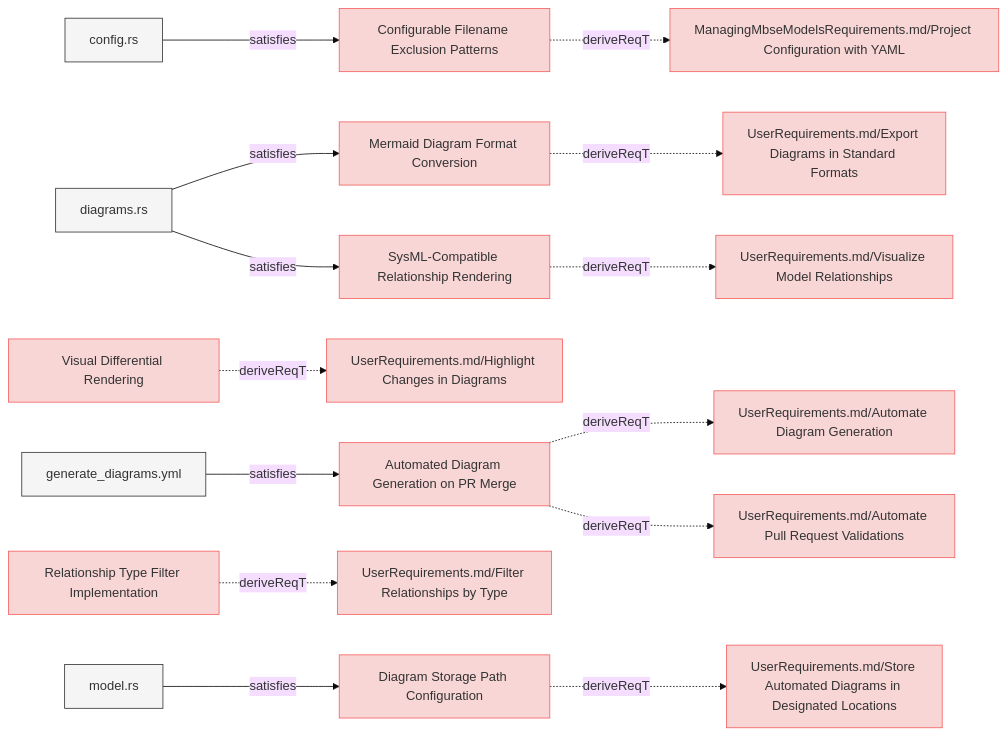
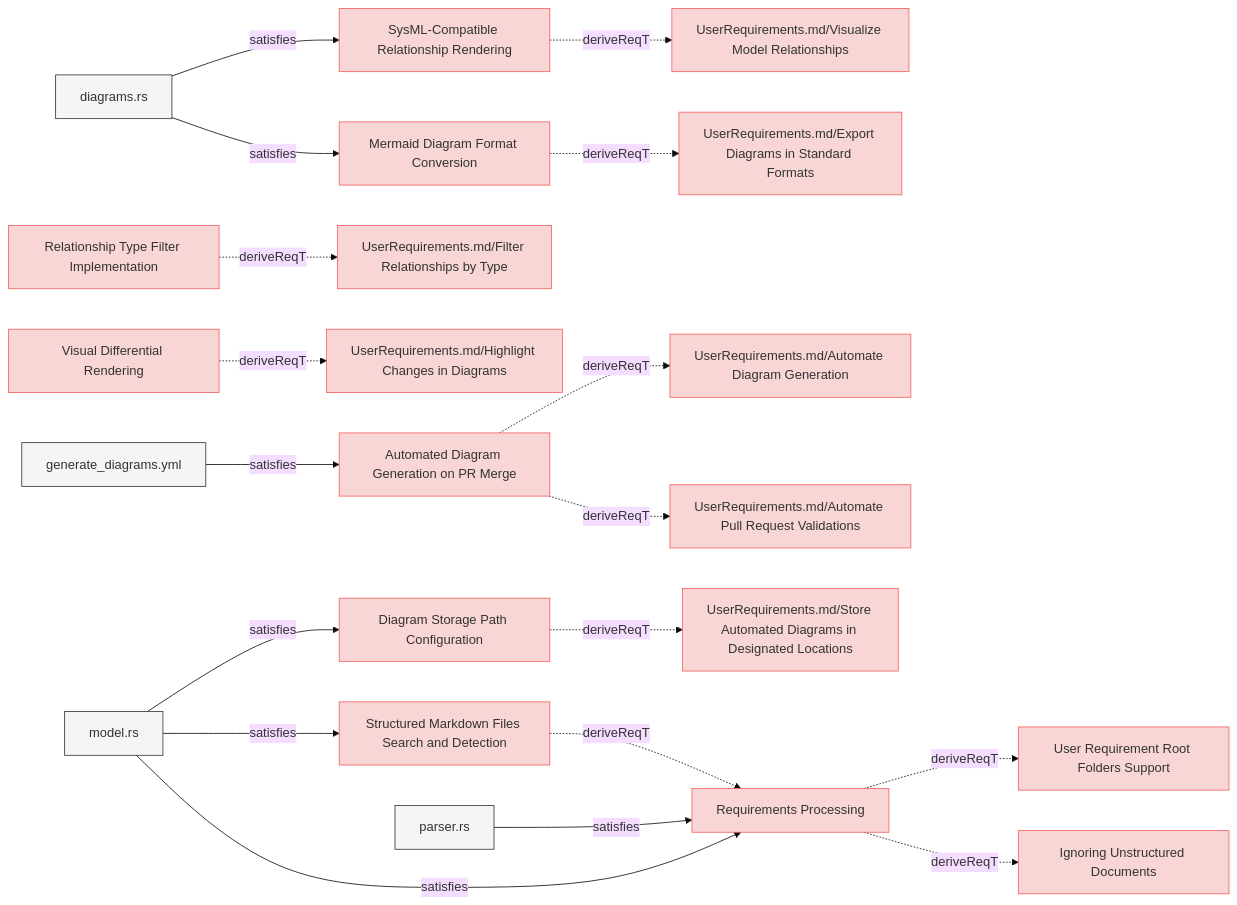
Before and after one commit to reqvire-org/reqvire: the fourth of 7 diagrams in specifications/SystemRequirements/Requirements.md, drawn with Mermaid (base theme). The commit also changed other lines of this file and 72 other files, not shown here.

Commit message:
Major rework of the logic in reqvire. It uses git repository root as root folder and everything else is relative to it. External folders and specifications folder concept has been deprecated.

````diff
--- a/specifications/SystemRequirements/Requirements.md
+++ b/specifications/SystemRequirements/Requirements.md
@@ -494,74 +471,84 @@
   classDef externalLink fill:#d0e0ff,stroke:#3080ff,stroke-width:1px;
   classDef default fill:#f5f5f5,stroke:#333333,stroke-width:1px;
 
-  4bf74699f40f4a76["Configurable Filename Exclusion Patterns"];
-  click 4bf74699f40f4a76 "https://github.com/Reqvire/reqvire/blob/ad88ba6b828e94c93382866fefd058c011c1ac60/specifications/SystemRequirements/Requirements.md#configurable-filename-exclusion-patterns";
-  class 4bf74699f40f4a76 requirement;
-  b3ef0fb91572bcf0["ManagingMbseModelsRequirements.md/Project Configuration with YAML"];
-  class b3ef0fb91572bcf0 requirement;
-  click b3ef0fb91572bcf0 "https://github.com/Reqvire/reqvire/blob/ad88ba6b828e94c93382866fefd058c011c1ac60/specifications/ManagingMbseModelsRequirements.md#project-configuration-with-yaml";
-  4bf74699f40f4a76 -.->|deriveReqT| b3ef0fb91572bcf0;
-  d89f4b0d2edaac20["config.rs"];
-  class d89f4b0d2edaac20 default;
-  click d89f4b0d2edaac20 "https://github.com/Reqvire/reqvire/blob/ad88ba6b828e94c93382866fefd058c011c1ac60/cli/src/config.rs";
-  d89f4b0d2edaac20 -->|satisfies| 4bf74699f40f4a76;
+  5071808e4276f33a["SysML-Compatible Relationship Rendering"];
+  click 5071808e4276f33a "Requirements.md#sysml-compatible-relationship-rendering";
+  class 5071808e4276f33a requirement;
+  eed0b020b6ddeae1["UserRequirements.md/Visualize Model Relationships"];
+  class eed0b020b6ddeae1 requirement;
+  click eed0b020b6ddeae1 "../UserRequirements.md#visualize-model-relationships";
+  5071808e4276f33a -.->|deriveReqT| eed0b020b6ddeae1;
+  95f7dce6aff47396["diagrams.rs"];
+  class 95f7dce6aff47396 default;
+  click 95f7dce6aff47396 "../../core/src/diagrams.rs";
+  95f7dce6aff47396 -->|satisfies| 5071808e4276f33a;
+  bd72564894314bf6["Relationship Type Filter Implementation"];
+  click bd72564894314bf6 "Requirements.md#relationship-type-filter-implementation";
+  class bd72564894314bf6 requirement;
+  66e9d8186acafd13["UserRequirements.md/Filter Relationships by Type"];
+  class 66e9d8186acafd13 requirement;
+  click 66e9d8186acafd13 "../UserRequirements.md#filter-relationships-by-type";
+  bd72564894314bf6 -.->|deriveReqT| 66e9d8186acafd13;
   b8208c9b1d6a312a["Mermaid Diagram Format Conversion"];
-  click b8208c9b1d6a312a "https://github.com/Reqvire/reqvire/blob/ad88ba6b828e94c93382866fefd058c011c1ac60/specifications/SystemRequirements/Requirements.md#mermaid-diagram-format-conversion";
+  click b8208c9b1d6a312a "Requirements.md#mermaid-diagram-format-conversion";
   class b8208c9b1d6a312a requirement;
   a0274ca0625d8493["UserRequirements.md/Export Diagrams in Standard Formats"];
   class a0274ca0625d8493 requirement;
-  click a0274ca0625d8493 "https://github.com/Reqvire/reqvire/blob/ad88ba6b828e94c93382866fefd058c011c1ac60/specifications/UserRequirements.md#export-diagrams-in-standard-formats";
+  click a0274ca0625d8493 "../UserRequirements.md#export-diagrams-in-standard-formats";
   b8208c9b1d6a312a -.->|deriveReqT| a0274ca0625d8493;
-  95f7dce6aff47396["diagrams.rs"];
-  class 95f7dce6aff47396 default;
-  click 95f7dce6aff47396 "https://github.com/Reqvire/reqvire/blob/ad88ba6b828e94c93382866fefd058c011c1ac60/core/src/diagrams.rs";
   95f7dce6aff47396 -->|satisfies| b8208c9b1d6a312a;
+  d812c13722abb71d["Visual Differential Rendering"];
+  click d812c13722abb71d "Requirements.md#visual-differential-rendering";
+  class d812c13722abb71d requirement;
+  ac914f743d73674e["UserRequirements.md/Highlight Changes in Diagrams"];
+  class ac914f743d73674e requirement;
+  click ac914f743d73674e "../UserRequirements.md#highlight-changes-in-diagrams";
+  d812c13722abb71d -.->|deriveReqT| ac914f743d73674e;
   793154acc336992c["Automated Diagram Generation on PR Merge"];
-  click 793154acc336992c "https://github.com/Reqvire/reqvire/blob/ad88ba6b828e94c93382866fefd058c011c1ac60/specifications/SystemRequirements/Requirements.md#automated-diagram-generation-on-pr-merge";
+  click 793154acc336992c "Requirements.md#automated-diagram-generation-on-pr-merge";
   class 793154acc336992c requirement;
   c522cf4c404bdc24["UserRequirements.md/Automate Diagram Generation"];
   class c522cf4c404bdc24 requirement;
-  click c522cf4c404bdc24 "https://github.com/Reqvire/reqvire/blob/ad88ba6b828e94c93382866fefd058c011c1ac60/specifications/UserRequirements.md#automate-diagram-generation";
+  click c522cf4c404bdc24 "../UserRequirements.md#automate-diagram-generation";
   793154acc336992c -.->|deriveReqT| c522cf4c404bdc24;
   b41f362e18fb2449["UserRequirements.md/Automate Pull Request Validations"];
   class b41f362e18fb2449 requirement;
-  click b41f362e18fb2449 "https://github.com/Reqvire/reqvire/blob/ad88ba6b828e94c93382866fefd058c011c1ac60/specifications/UserRequirements.md#automate-pull-request-validations";
+  click b41f362e18fb2449 "../UserRequirements.md#automate-pull-request-validations";
   793154acc336992c -.->|deriveReqT| b41f362e18fb2449;
   fdd29f919065644d["generate_diagrams.yml"];
   class fdd29f919065644d default;
-  click fdd29f919065644d "https://github.com/Reqvire/reqvire/blob/ad88ba6b828e94c93382866fefd058c011c1ac60/.github/workflows/generate_diagrams.yml";
+  click fdd29f919065644d "../../.github/workflows/generate_diagrams.yml";
   fdd29f919065644d -->|satisfies| 793154acc336992c;
-  d812c13722abb71d["Visual Differential Rendering"];
-  click d812c13722abb71d "https://github.com/Reqvire/reqvire/blob/ad88ba6b828e94c93382866fefd058c011c1ac60/specifications/SystemRequirements/Requirements.md#visual-differential-rendering";
-  class d812c13722abb71d requirement;
-  ac914f743d73674e["UserRequirements.md/Highlight Changes in Diagrams"];
-  class ac914f743d73674e requirement;
-  click ac914f743d73674e "https://github.com/Reqvire/reqvire/blob/ad88ba6b828e94c93382866fefd058c011c1ac60/specifications/UserRequirements.md#highlight-changes-in-diagrams";
-  d812c13722abb71d -.->|deriveReqT| ac914f743d73674e;
   cb1ad39c7552a3cd["Diagram Storage Path Configuration"];
-  click cb1ad39c7552a3cd "https://github.com/Reqvire/reqvire/blob/ad88ba6b828e94c93382866fefd058c011c1ac60/specifications/SystemRequirements/Requirements.md#diagram-storage-path-configuration";
+  click cb1ad39c7552a3cd "Requirements.md#diagram-storage-path-configuration";
   class cb1ad39c7552a3cd requirement;
   89097c1311055b72["UserRequirements.md/Store Automated Diagrams in Designated Locations"];
   class 89097c1311055b72 requirement;
-  click 89097c1311055b72 "https://github.com/Reqvire/reqvire/blob/ad88ba6b828e94c93382866fefd058c011c1ac60/specifications/UserRequirements.md#store-automated-diagrams-in-designated-locations";
+  click 89097c1311055b72 "../UserRequirements.md#store-automated-diagrams-in-designated-locations";
   cb1ad39c7552a3cd -.->|deriveReqT| 89097c1311055b72;
   36fd2b1e82621caf["model.rs"];
   class 36fd2b1e82621caf default;
-  click 36fd2b1e82621caf "https://github.com/Reqvire/reqvire/blob/ad88ba6b828e94c93382866fefd058c011c1ac60/core/src/model.rs";
+  click 36fd2b1e82621caf "../../core/src/model.rs";
   36fd2b1e82621caf -->|satisfies| cb1ad39c7552a3cd;
-  bd72564894314bf6["Relationship Type Filter Implementation"];
-  click bd72564894314bf6 "https://github.com/Reqvire/reqvire/blob/ad88ba6b828e94c93382866fefd058c011c1ac60/specifications/SystemRequirements/Requirements.md#relationship-type-filter-implementation";
-  class bd72564894314bf6 requirement;
-  66e9d8186acafd13["UserRequirements.md/Filter Relationships by Type"];
-  class 66e9d8186acafd13 requirement;
-  click 66e9d8186acafd13 "https://github.com/Reqvire/reqvire/blob/ad88ba6b828e94c93382866fefd058c011c1ac60/specifications/UserRequirements.md#filter-relationships-by-type";
-  bd72564894314bf6 -.->|deriveReqT| 66e9d8186acafd13;
-  5071808e4276f33a["SysML-Compatible Relationship Rendering"];
-  click 5071808e4276f33a "https://github.com/Reqvire/reqvire/blob/ad88ba6b828e94c93382866fefd058c011c1ac60/specifications/SystemRequirements/Requirements.md#sysml-compatible-relationship-rendering";
-  class 5071808e4276f33a requirement;
-  eed0b020b6ddeae1["UserRequirements.md/Visualize Model Relationships"];
-  class eed0b020b6ddeae1 requirement;
-  click eed0b020b6ddeae1 "https://github.com/Reqvire/reqvire/blob/ad88ba6b828e94c93382866fefd058c011c1ac60/specifications/UserRequirements.md#visualize-model-relationships";
-  5071808e4276f33a -.->|deriveReqT| eed0b020b6ddeae1;
-  95f7dce6aff47396 -->|satisfies| 5071808e4276f33a;
+  480cb73e8bcb0786["Structured Markdown Files Search and Detection"];
+  click 480cb73e8bcb0786 "Requirements.md#structured-markdown-files-search-and-detection";
+  class 480cb73e8bcb0786 requirement;
+  f24f11691f55af62["Requirements Processing"];
+  class f24f11691f55af62 requirement;
+  click f24f11691f55af62 "Requirements.md#requirements-processing";
+  480cb73e8bcb0786 -.->|deriveReqT| f24f11691f55af62;
+  36fd2b1e82621caf -->|satisfies| 480cb73e8bcb0786;
+  4c79bf4ceda6e23f["User Requirement Root Folders Support"];
+  class 4c79bf4ceda6e23f requirement;
+  click 4c79bf4ceda6e23f "Requirements.md#user-requirement-root-folders-support";
+  f24f11691f55af62 -.->|deriveReqT| 4c79bf4ceda6e23f;
+  be5c69c33c5a4cf6["Ignoring Unstructured Documents"];
+  class be5c69c33c5a4cf6 requirement;
+  click be5c69c33c5a4cf6 "Requirements.md#ignoring-unstructured-documents";
+  f24f11691f55af62 -.->|deriveReqT| be5c69c33c5a4cf6;
+  36fd2b1e82621caf -->|satisfies| f24f11691f55af62;
+  dfd639447d711d62["parser.rs"];
+  class dfd639447d711d62 default;
+  click dfd639447d711d62 "../../core/src/parser.rs";
+  dfd639447d711d62 -->|satisfies| f24f11691f55af62;
 ```
````
